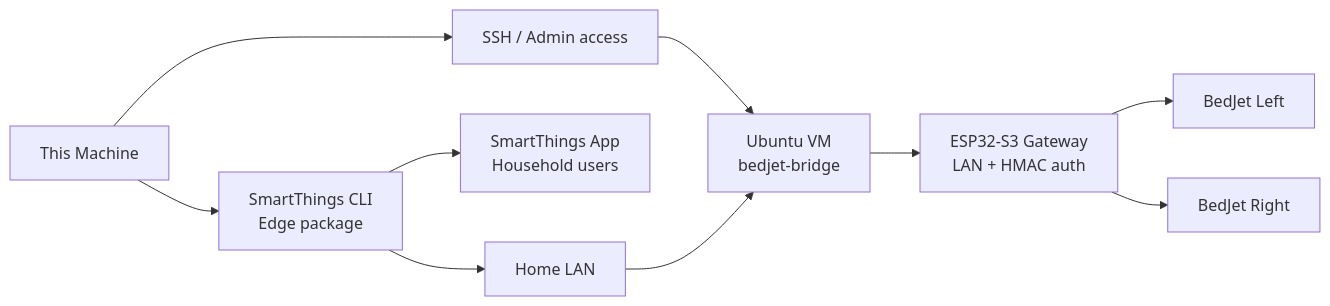
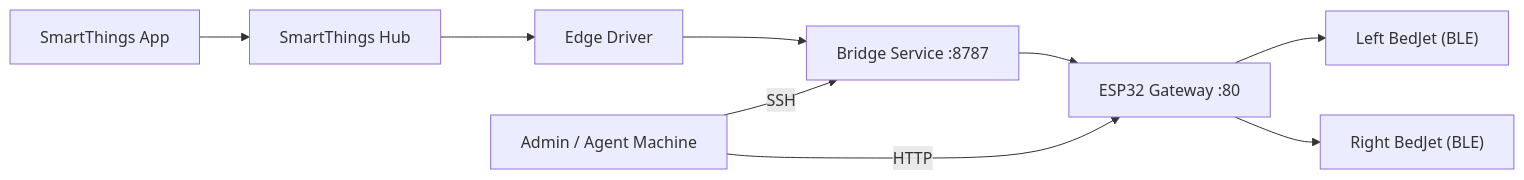
The diagram in README.md (masltov-creations/bedjet-smartthings-bridge), drawn with Mermaid before and after one commit. The commit also changed other lines of this file and 36 other files, not shown here.

````diff
--- a/README.md
+++ b/README.md
@@ -34,12 +15,11 @@
 ```mermaid
 flowchart LR
-  local["This Machine"] --> ssh["SSH / Admin access"]
-  ssh --> bridge["Ubuntu VM<br/>bedjet-bridge"]
-  local --> hub["SmartThings CLI<br/>Edge package"]
-  hub --> phone["SmartThings App<br/>Household users"]
-  hub --> lan["Home LAN"]
-  lan --> bridge
-  bridge --> esp["ESP32-S3 Gateway<br/>LAN + HMAC auth"]
-  esp --> left["BedJet Left"]
-  esp --> right["BedJet Right"]
+    ST["SmartThings App"] --> HUB["SmartThings Hub"]
+    HUB --> EDGE["Edge Driver"]
+    EDGE --> BRIDGE["Bridge Service :8787"]
+    BRIDGE --> GATEWAY["ESP32 Gateway :80"]
+    GATEWAY --> LEFT["Left BedJet (BLE)"]
+    GATEWAY --> RIGHT["Right BedJet (BLE)"]
+    ADMIN["Admin / Agent Machine"] -->|SSH| BRIDGE
+    ADMIN -->|HTTP| GATEWAY
 ```
````
